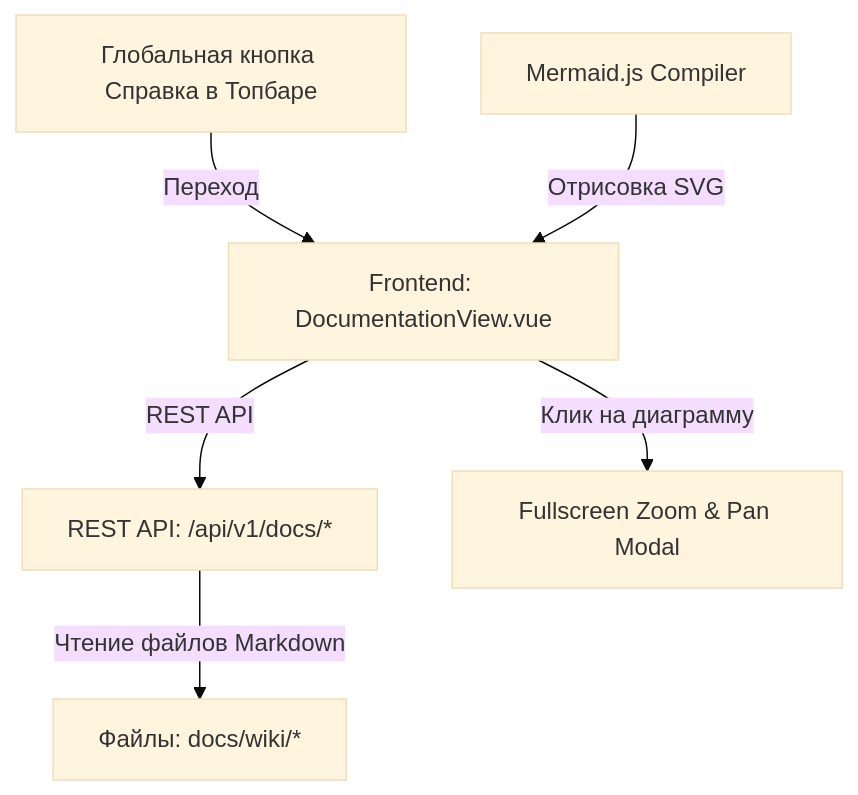
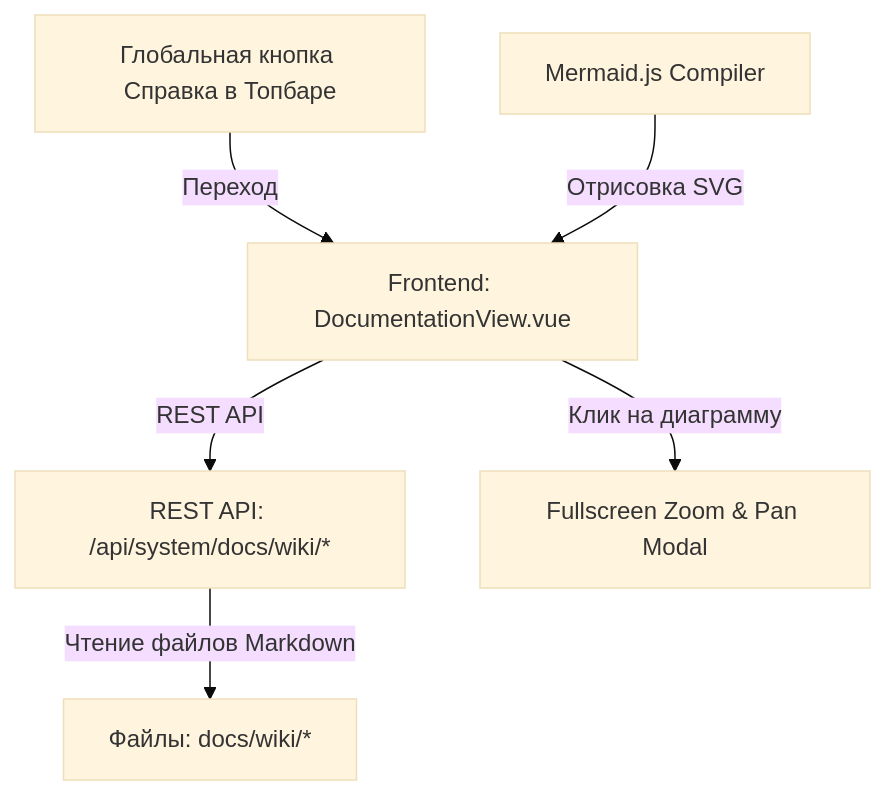
Before and after one commit to Apofixc/nms-webui: the diagram in docs/wiki/02-usage/10-documentation-and-help.md, drawn with Mermaid (base theme). The commit also changed other lines of this file and 21 other files, not shown here.

````diff
--- a/docs/wiki/02-usage/10-documentation-and-help.md
+++ b/docs/wiki/02-usage/10-documentation-and-help.md
@@ -70,8 +70,8 @@
 ```mermaid
 graph TD
-    UI["Frontend: DocumentationView.vue"] -->|REST API| API["REST API: /api/v1/docs/*"]
+    UI["Frontend: DocumentationView.vue"] -->|REST API| API["REST API: /api/system/docs/wiki/*"]
     API -->|Чтение файлов Markdown| FS["Файлы: docs/wiki/*"]
     TopBar["Глобальная кнопка Справка в Топбаре"] -->|Переход| UI
     Mermaid["Mermaid.js Compiler"] -->|Отрисовка SVG| UI
     UI -->|Клик на диаграмму| ZoomModal["Fullscreen Zoom & Pan Modal"]
 ```
````
